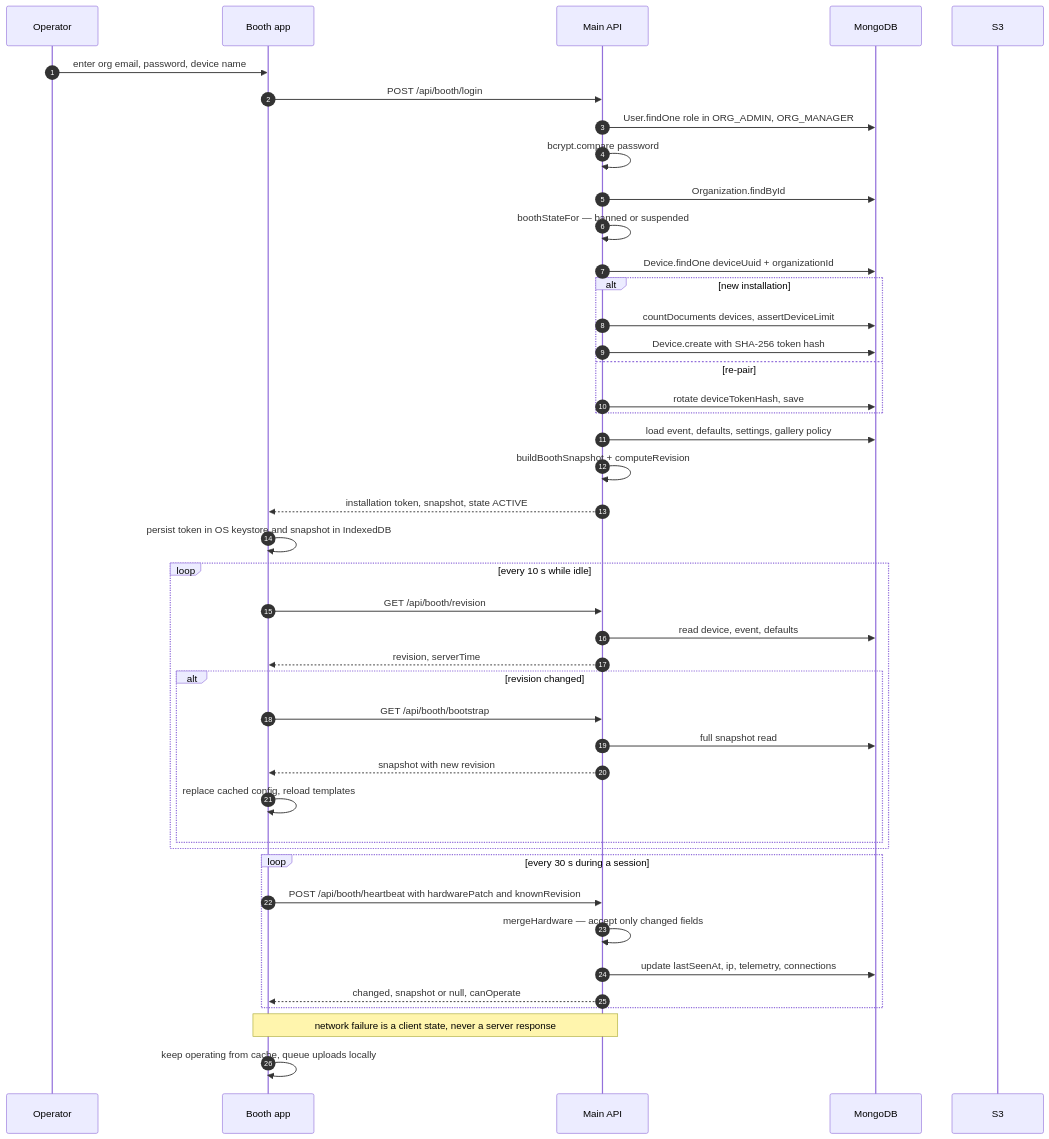
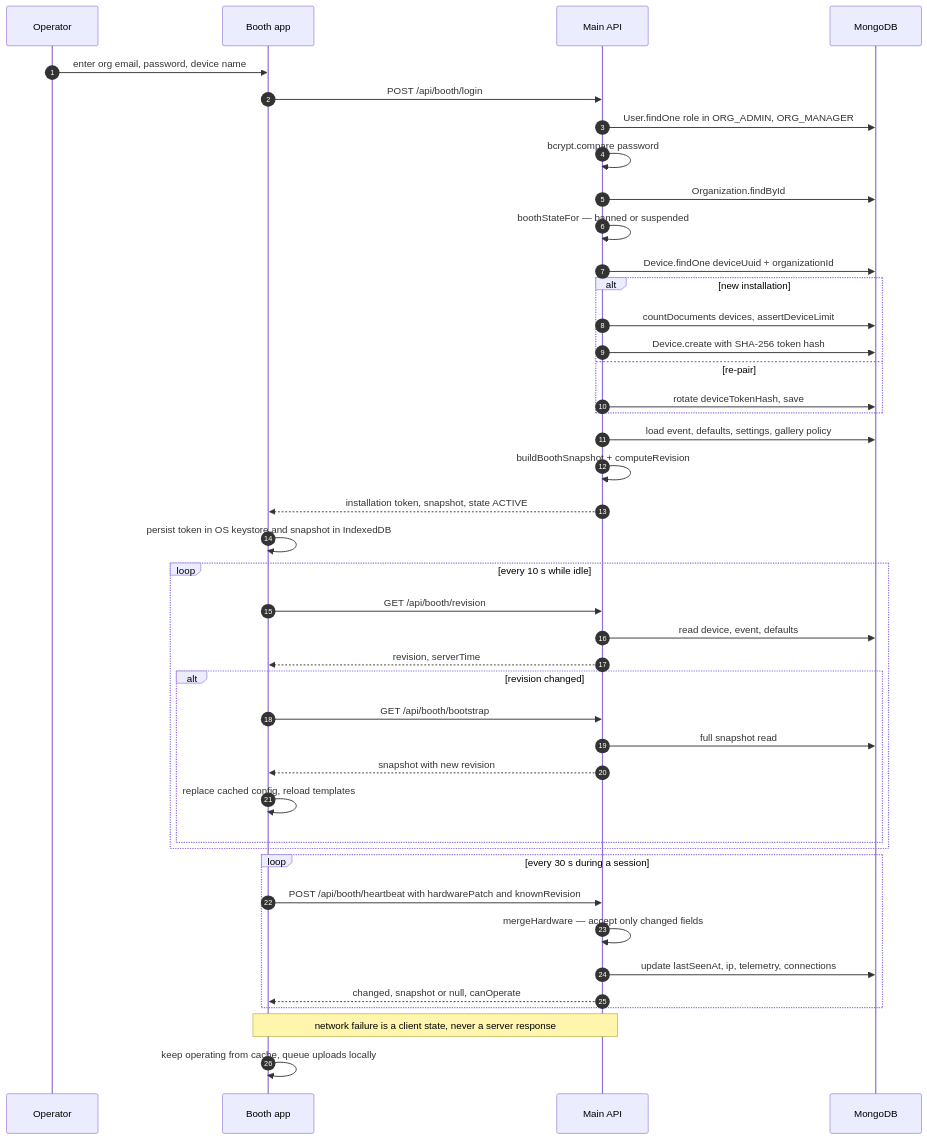
Before and after one commit to Krishna-Vineet/local: diagram 23 of 29 in docs/DIAGRAMS.md, drawn with Mermaid. The commit also changed other lines of this file and 38 other files, not shown here.

````diff
--- a/docs/DIAGRAMS.md
+++ b/docs/DIAGRAMS.md
@@ -1789,46 +1794,45 @@
 ```mermaid
 sequenceDiagram
   autonumber
   participant OP as Operator
   participant BO as Booth app
   participant API as Main API
   participant DB as MongoDB
-  participant S3 as S3
 
   OP->>BO: enter org email, password, device name
   BO->>API: POST /api/booth/login
   API->>DB: User.findOne role in ORG_ADMIN, ORG_MANAGER
   API->>API: bcrypt.compare password
   API->>DB: Organization.findById
   API->>API: boothStateFor — banned or suspended
   API->>DB: Device.findOne deviceUuid + organizationId
   alt new installation
     API->>DB: countDocuments devices, assertDeviceLimit
     API->>DB: Device.create with SHA-256 token hash
   else re-pair
     API->>DB: rotate deviceTokenHash, save
   end
   API->>DB: load event, defaults, settings, gallery policy
   API->>API: buildBoothSnapshot + computeRevision
   API-->>BO: installation token, snapshot, state ACTIVE
   BO->>BO: persist token in OS keystore and snapshot in IndexedDB
   loop every 10 s while idle
     BO->>API: GET /api/booth/revision
     API->>DB: read device, event, defaults
     API-->>BO: revision, serverTime
     alt revision changed
       BO->>API: GET /api/booth/bootstrap
       API->>DB: full snapshot read
       API-->>BO: snapshot with new revision
       BO->>BO: replace cached config, reload templates
     end
   end
   loop every 30 s during a session
     BO->>API: POST /api/booth/heartbeat with hardwarePatch and knownRevision
     API->>API: mergeHardware — accept only changed fields
     API->>DB: update lastSeenAt, ip, telemetry, connections
     API-->>BO: changed, snapshot or null, canOperate
   end
   Note over BO,API: network failure is a client state, never a server response
   BO->>BO: keep operating from cache, queue uploads locally
 ```
````
